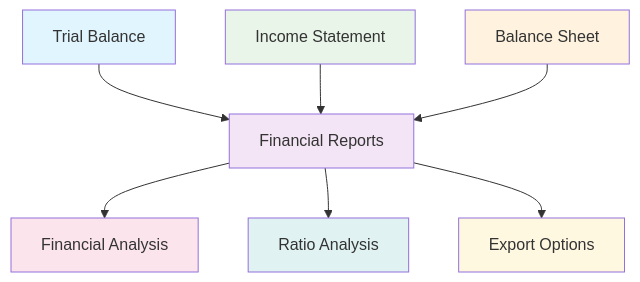
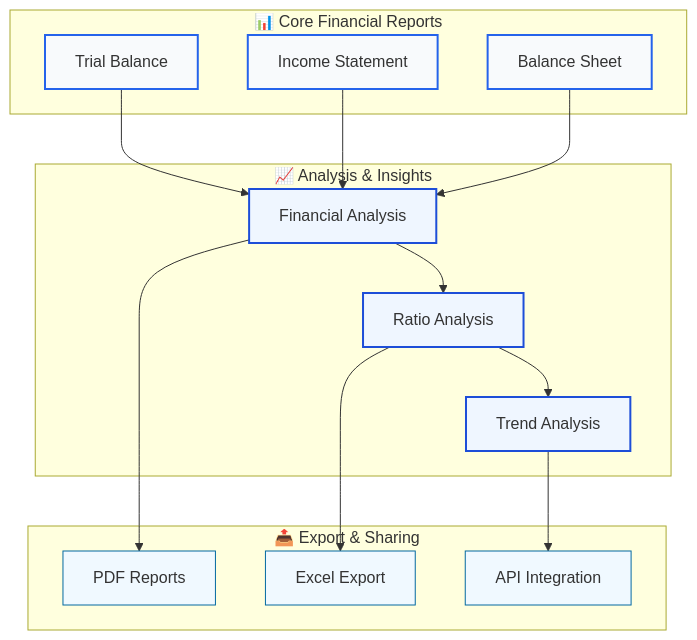
The first of 6 diagrams in README.md (abdoElHodaky/larvaccountplatfo), drawn with Mermaid before and after one commit. The commit also changed other lines of this file and 2 other files, not shown here.

````diff
--- a/README.md
+++ b/README.md
@@ -67,17 +67,39 @@
 ```mermaid
 graph TB
-    A[Trial Balance] --> D[Financial Reports]
-    B[Income Statement] --> D
-    C[Balance Sheet] --> D
-    D --> E[Financial Analysis]
-    D --> F[Ratio Analysis]
-    D --> G[Export Options]
+    subgraph "📊 Core Financial Reports"
+        A[Trial Balance]
+        B[Income Statement]
+        C[Balance Sheet]
+    end
     
-    style A fill:#e1f5fe
-    style B fill:#e8f5e8
-    style C fill:#fff3e0
-    style D fill:#f3e5f5
-    style E fill:#fce4ec
-    style F fill:#e0f2f1
-    style G fill:#fff8e1
+    subgraph "📈 Analysis & Insights"
+        E[Financial Analysis]
+        F[Ratio Analysis]
+        G[Trend Analysis]
+    end
+    
+    subgraph "📤 Export & Sharing"
+        H[PDF Reports]
+        I[Excel Export]
+        J[API Integration]
+    end
+    
+    A --> E
+    B --> E
+    C --> E
+    E --> F
+    F --> G
+    E --> H
+    F --> I
+    G --> J
+    
+    style A fill:#f8fafc,stroke:#2563eb,stroke-width:2px
+    style B fill:#f8fafc,stroke:#2563eb,stroke-width:2px
+    style C fill:#f8fafc,stroke:#2563eb,stroke-width:2px
+    style E fill:#eff6ff,stroke:#1d4ed8,stroke-width:2px
+    style F fill:#eff6ff,stroke:#1d4ed8,stroke-width:2px
+    style G fill:#eff6ff,stroke:#1d4ed8,stroke-width:2px
+    style H fill:#f0f9ff,stroke:#0369a1,stroke-width:1px
+    style I fill:#f0f9ff,stroke:#0369a1,stroke-width:1px
+    style J fill:#f0f9ff,stroke:#0369a1,stroke-width:1px
 ```
````
